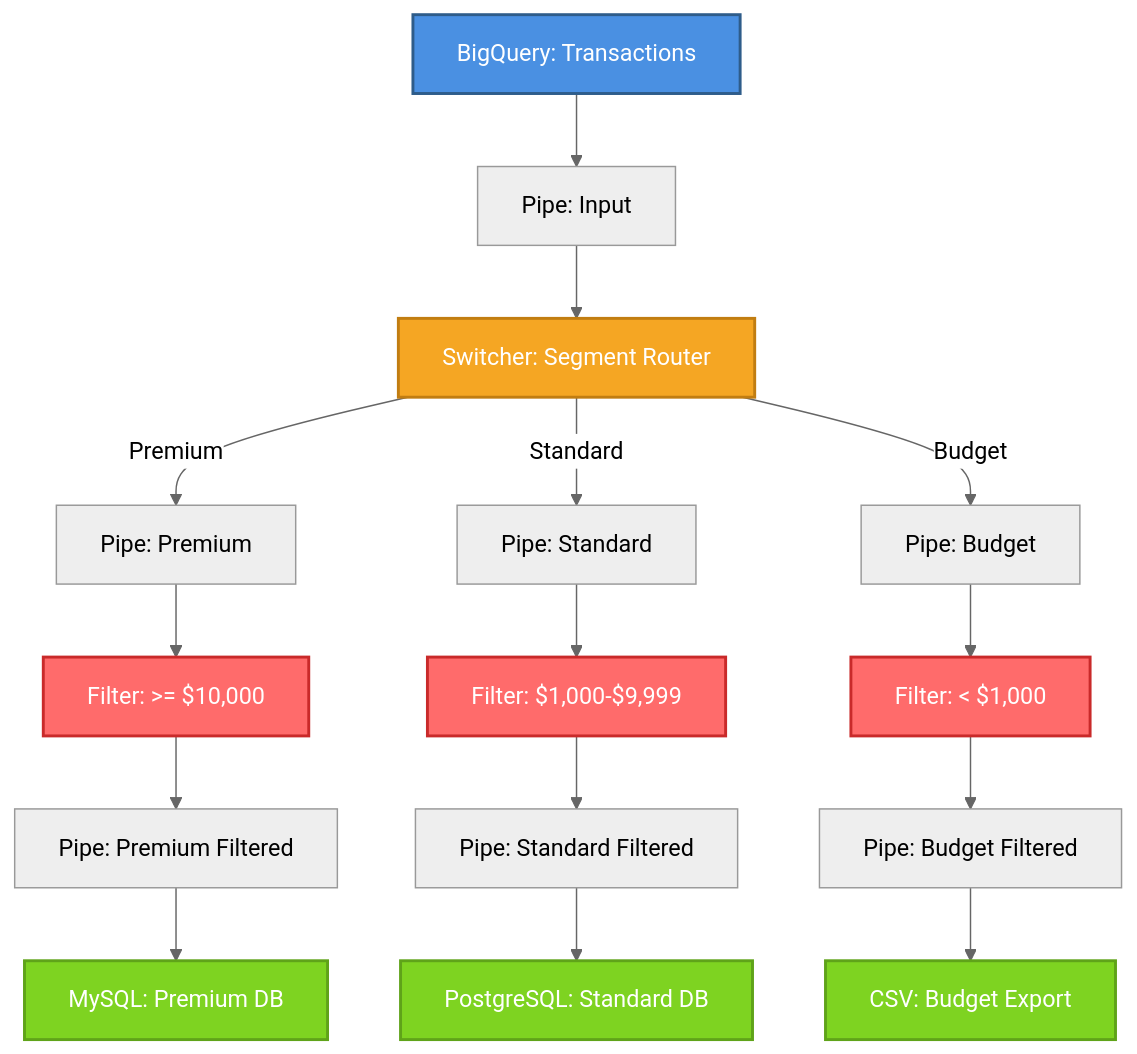
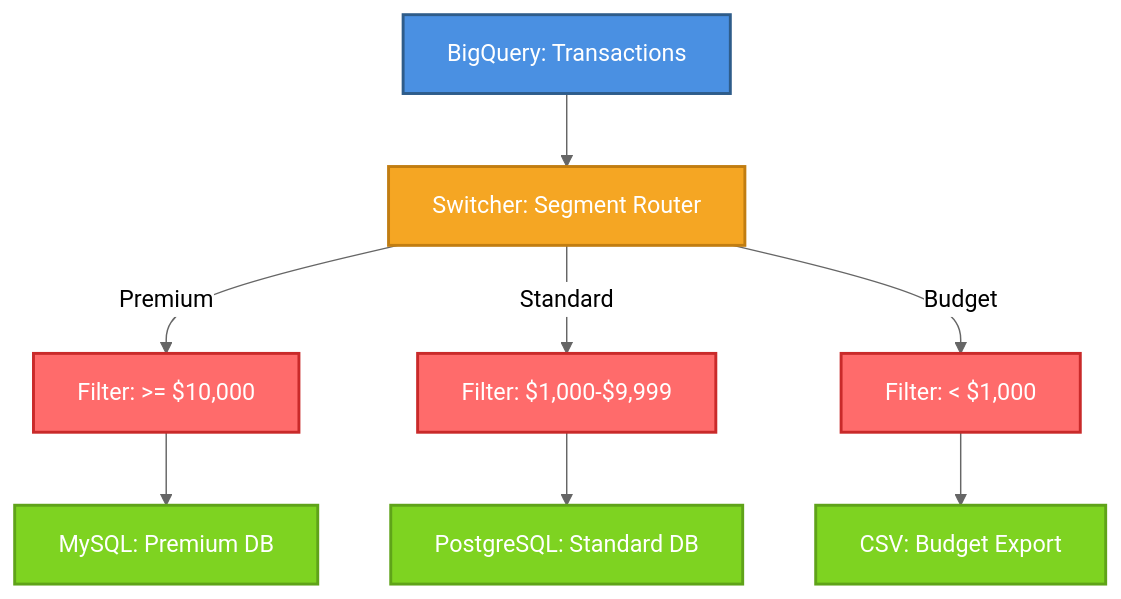
One commit to bernardo-colorado-dubois/open-stage changed the second of 6 diagrams in docs/complex_pipelines.md. Above: the diagram before and after it, drawn with Mermaid (neutral theme). The commit also changed other lines of this file, not shown here.

````diff
--- a/docs/complex_pipelines.md
+++ b/docs/complex_pipelines.md
@@ -218,28 +209,19 @@
 ```mermaid
 flowchart TD
     BQ[BigQuery: Transactions]:::origin
-    BQ --> P1[Pipe: Input]
     
-    P1 --> SW[Switcher: Segment Router]:::router
+    BQ --> SW[Switcher: Segment Router]:::router
     
-    SW -->|Premium| P2[Pipe: Premium]
-    SW -->|Standard| P3[Pipe: Standard]
-    SW -->|Budget| P4[Pipe: Budget]
+    SW -->|Premium| F1[Filter: >= $10,000]:::transformer
+    SW -->|Standard| F2[Filter: $1,000-$9,999]:::transformer
+    SW -->|Budget| F3[Filter: < $1,000]:::transformer
     
-    P2 --> F1[Filter: >= $10,000]:::transformer
-    P3 --> F2[Filter: $1,000-$9,999]:::transformer
-    P4 --> F3[Filter: < $1,000]:::transformer
-    
-    F1 --> P5[Pipe: Premium Filtered]
-    F2 --> P6[Pipe: Standard Filtered]
-    F3 --> P7[Pipe: Budget Filtered]
-    
-    P5 --> D1[MySQL: Premium DB]:::destination
-    P6 --> D2[PostgreSQL: Standard DB]:::destination
-    P7 --> D3[CSV: Budget Export]:::destination
+    F1 --> D1[MySQL: Premium DB]:::destination
+    F2 --> D2[PostgreSQL: Standard DB]:::destination
+    F3 --> D3[CSV: Budget Export]:::destination
     
     classDef origin fill:#4A90E2,stroke:#2E5C8A,stroke-width:2px,color:#fff
     classDef transformer fill:#FF6B6B,stroke:#C92A2A,stroke-width:2px,color:#fff
     classDef router fill:#F5A623,stroke:#C17D11,stroke-width:2px,color:#fff
     classDef destination fill:#7ED321,stroke:#5FA319,stroke-width:2px,color:#fff
 ```
````
